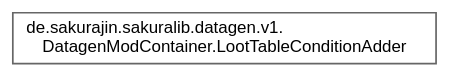
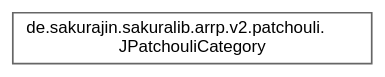
The diagram in inherit_graph_9.dot (noah1510/sakura-lib), drawn with Graphviz before and after one commit. The commit also changed 150 other files, not shown here.

```diff
--- a/inherit_graph_9.dot
+++ b/inherit_graph_9.dot
@@ -1,9 +1,9 @@
 digraph "Graphical Class Hierarchy"
 {
  // LATEX_PDF_SIZE
   bgcolor="transparent";
   edge [fontname=Helvetica,fontsize=10,labelfontname=Helvetica,labelfontsize=10];
   node [fontname=Helvetica,fontsize=10,shape=box,height=0.2,width=0.4];
   rankdir="LR";
-  Node0 [label="de.sakurajin.sakuralib.datagen.v1.\lDatagenModContainer.LootTableConditionAdder",height=0.2,width=0.4,color="grey40", fillcolor="white", style="filled",URL="$interfacede_1_1sakurajin_1_1sakuralib_1_1datagen_1_1v1_1_1DatagenModContainer_1_1LootTableConditionAdder.html",tooltip=" "];
+  Node0 [label="de.sakurajin.sakuralib.arrp.v2.patchouli.\lJPatchouliCategory",height=0.2,width=0.4,color="grey40", fillcolor="white", style="filled",URL="$classde_1_1sakurajin_1_1sakuralib_1_1arrp_1_1v2_1_1patchouli_1_1JPatchouliCategory.html",tooltip="A category for a patchouli book For details about the files check out the patchouli documentation"];
 }
```
